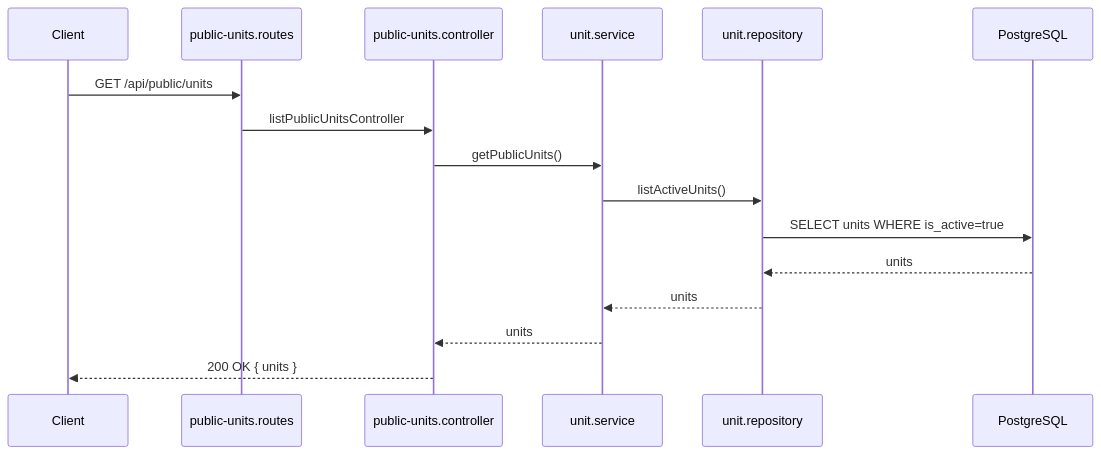
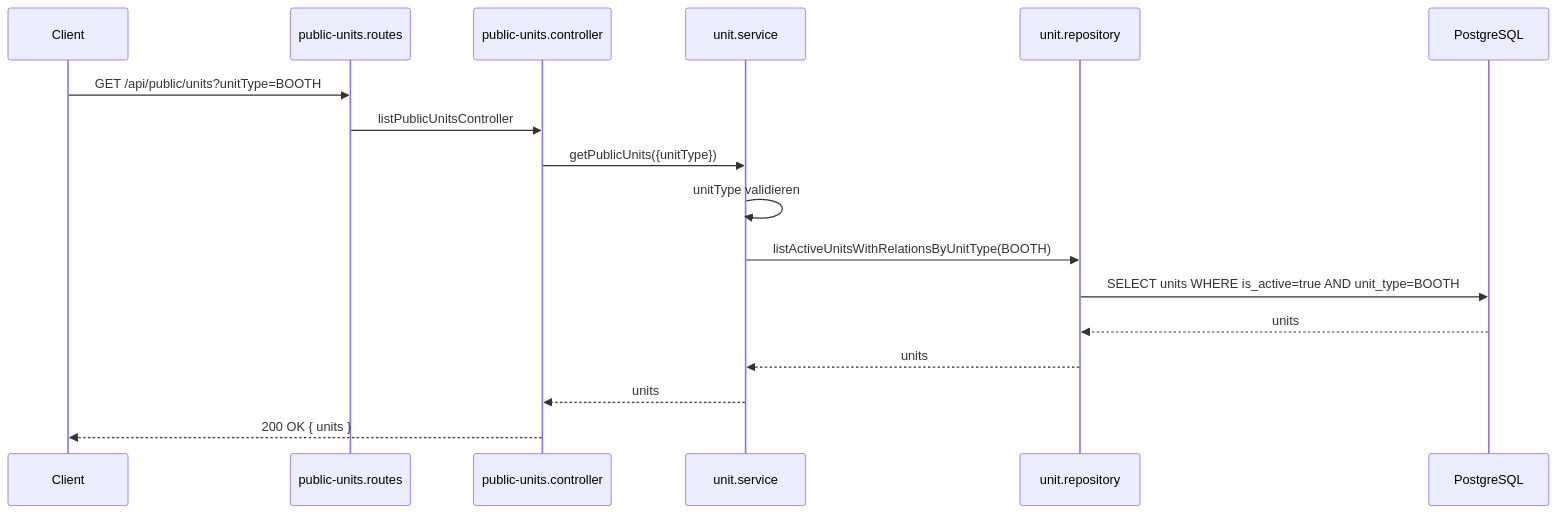
One commit to CodeRacon/roomfull-2.0 changed the first of 3 diagrams in backend/docs/units-flow.md. Above: the diagram before and after it, drawn with Mermaid. The commit also changed other lines of this file and 8 other files, not shown here.

Commit message:
docs: update roomfull flow documentation

````diff
--- a/backend/docs/units-flow.md
+++ b/backend/docs/units-flow.md
@@ -32,19 +42,20 @@
 ```mermaid
 sequenceDiagram
   participant C as Client
   participant R as public-units.routes
   participant CT as public-units.controller
   participant S as unit.service
   participant UR as unit.repository
   participant DB as PostgreSQL
 
-  C->>R: GET /api/public/units
+  C->>R: GET /api/public/units?unitType=BOOTH
   R->>CT: listPublicUnitsController
-  CT->>S: getPublicUnits()
-  S->>UR: listActiveUnits()
-  UR->>DB: SELECT units WHERE is_active=true
+  CT->>S: getPublicUnits({unitType})
+  S->>S: unitType validieren
+  S->>UR: listActiveUnitsWithRelationsByUnitType(BOOTH)
+  UR->>DB: SELECT units WHERE is_active=true AND unit_type=BOOTH
   DB-->>UR: units
   UR-->>S: units
   S-->>CT: units
   CT-->>C: 200 OK { units }
 ```
````
